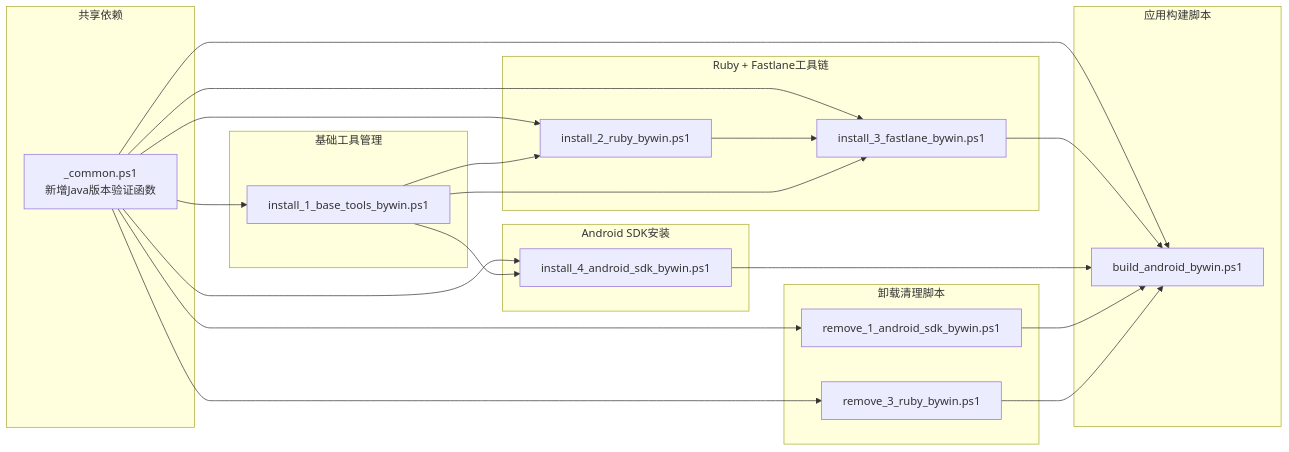
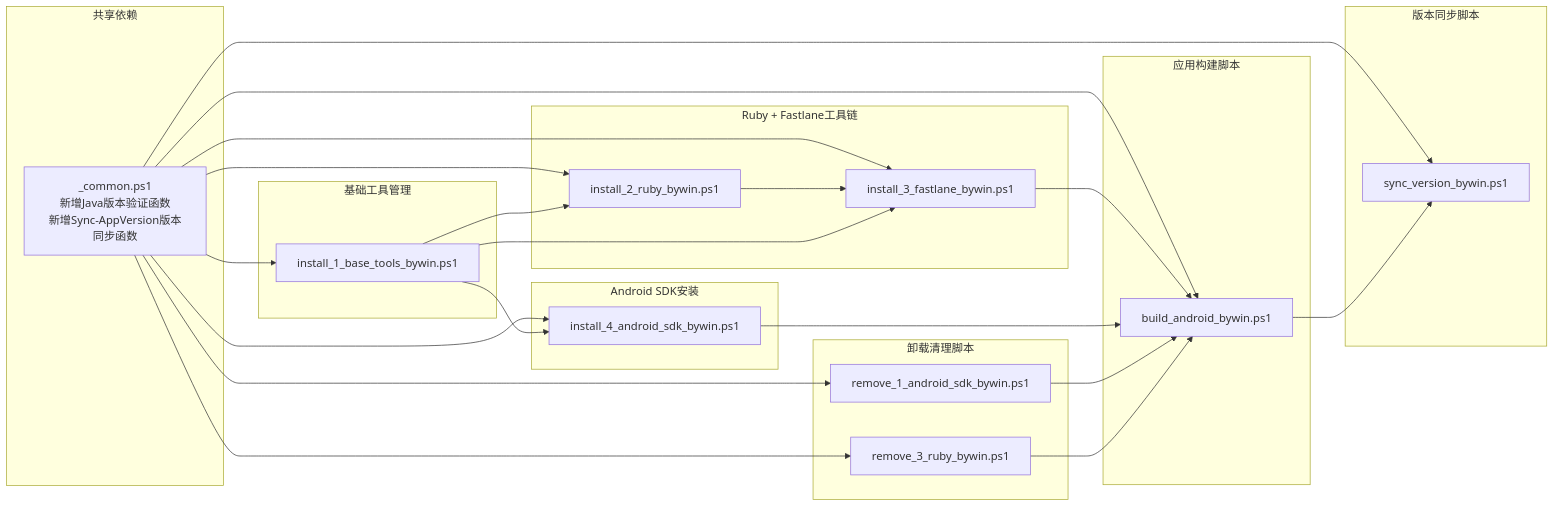
One commit to tea4go/Macro-Deck-Client-App changed the ninth of 9 diagrams in .qoder/repowiki/zh/content/构建与部署/Windows PowerShell自动化.md. Above: the diagram before and after it, drawn with Mermaid. The commit also changed other lines of this file and 37 other files, not shown here.

````diff
--- a/.qoder/repowiki/zh/content/构建与部署/Windows PowerShell自动化.md
+++ b/.qoder/repowiki/zh/content/构建与部署/Windows PowerShell自动化.md
@@ -646,38 +742,43 @@
 ```mermaid
 graph LR
 subgraph "共享依赖"
-Common[_common.ps1<br/>新增Java版本验证函数]
+Common[_common.ps1<br/>新增Java版本验证函数<br/>新增Sync-AppVersion版本同步函数]
 end
 subgraph "基础工具管理"
 BaseTools[install_1_base_tools_bywin.ps1]
 end
 subgraph "Ruby + Fastlane工具链"
 InstallRuby[install_2_ruby_bywin.ps1]
 InstallFastlane[install_3_fastlane_bywin.ps1]
 end
 subgraph "Android SDK安装"
 InstallSDK[install_4_android_sdk_bywin.ps1]
 end
 subgraph "应用构建脚本"
 BuildAndroid[build_android_bywin.ps1]
 end
+subgraph "版本同步脚本"
+SyncVersion[sync_version_bywin.ps1]
+end
 subgraph "卸载清理脚本"
 RemoveSDK[remove_1_android_sdk_bywin.ps1]
 RemoveRuby[remove_3_ruby_bywin.ps1]
 end
 Common --> BaseTools
 Common --> InstallRuby
 Common --> InstallFastlane
 Common --> InstallSDK
 Common --> BuildAndroid
+Common --> SyncVersion
 Common --> RemoveSDK
 Common --> RemoveRuby
 InstallRuby --> InstallFastlane
 InstallFastlane --> BuildAndroid
 InstallSDK --> BuildAndroid
+BuildAndroid --> SyncVersion
 RemoveSDK --> BuildAndroid
 RemoveRuby --> BuildAndroid
 BaseTools --> InstallRuby
 BaseTools --> InstallFastlane
 BaseTools --> InstallSDK
 ```
````
